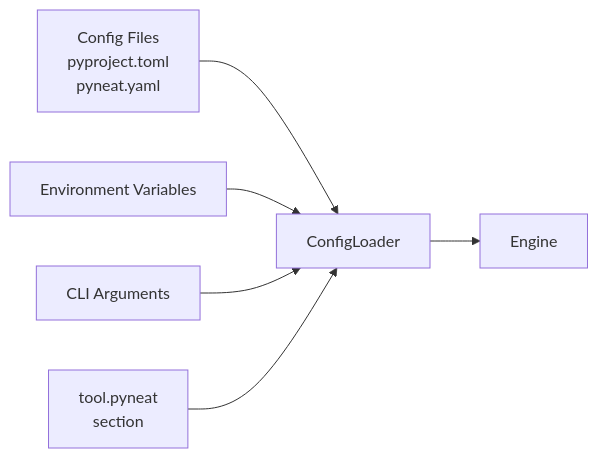
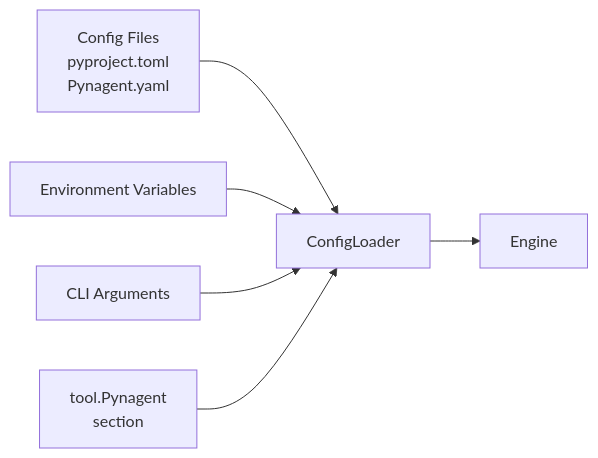
The third of 3 diagrams in docs/architecture.md (khanhnam-nathan/Pynagent), drawn with Mermaid before and after one commit. The commit also changed other lines of this file and 1465 other files, not shown here.

````diff
--- a/docs/architecture.md
+++ b/docs/architecture.md
@@ -165,13 +165,13 @@
 ```mermaid
 graph LR
-    Config[Config Files<br/>pyproject.toml<br/>pyneat.yaml]
+    Config[Config Files<br/>pyproject.toml<br/>Pynagent.yaml]
     Env[Environment Variables]
     CLI[CLI Arguments]
-    Pyproject[tool.pyneat<br/>section]
+    Pyproject[tool.Pynagent<br/>section]
 
     Config --> Loader[ConfigLoader]
     Env --> Loader
     CLI --> Loader
     Pyproject --> Loader
     Loader --> Engine
 ```
````
